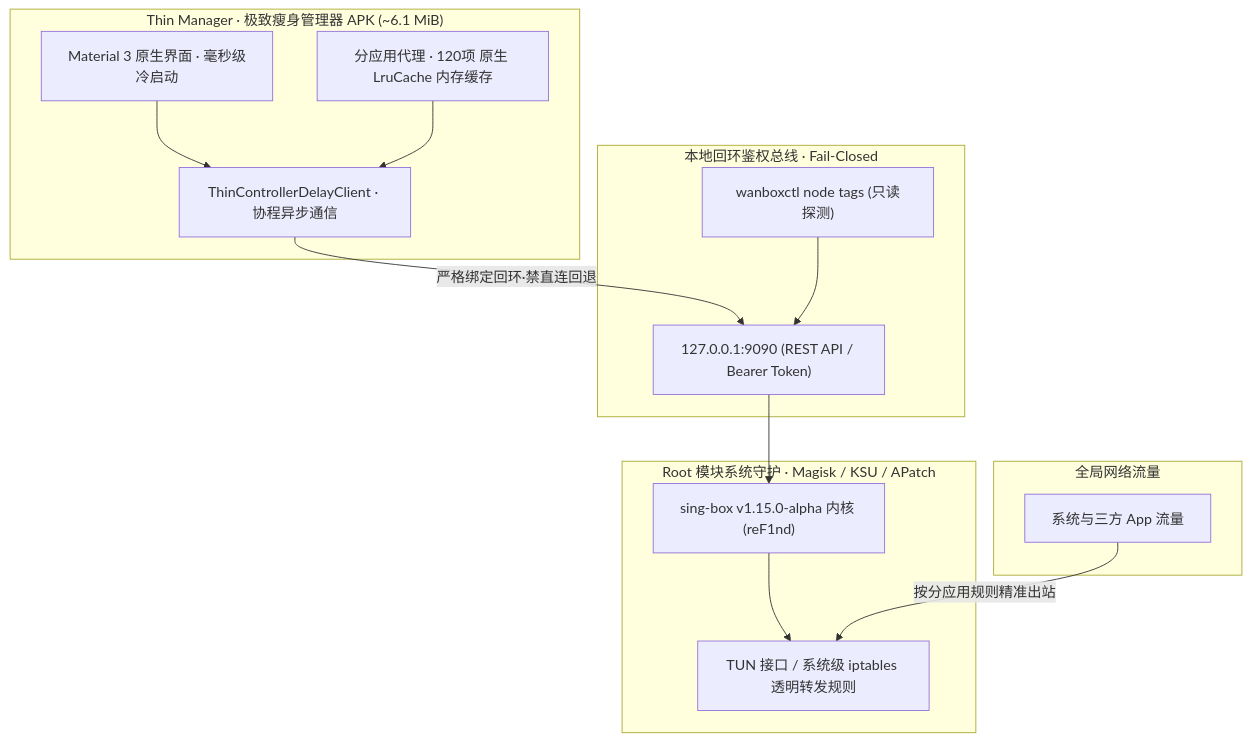
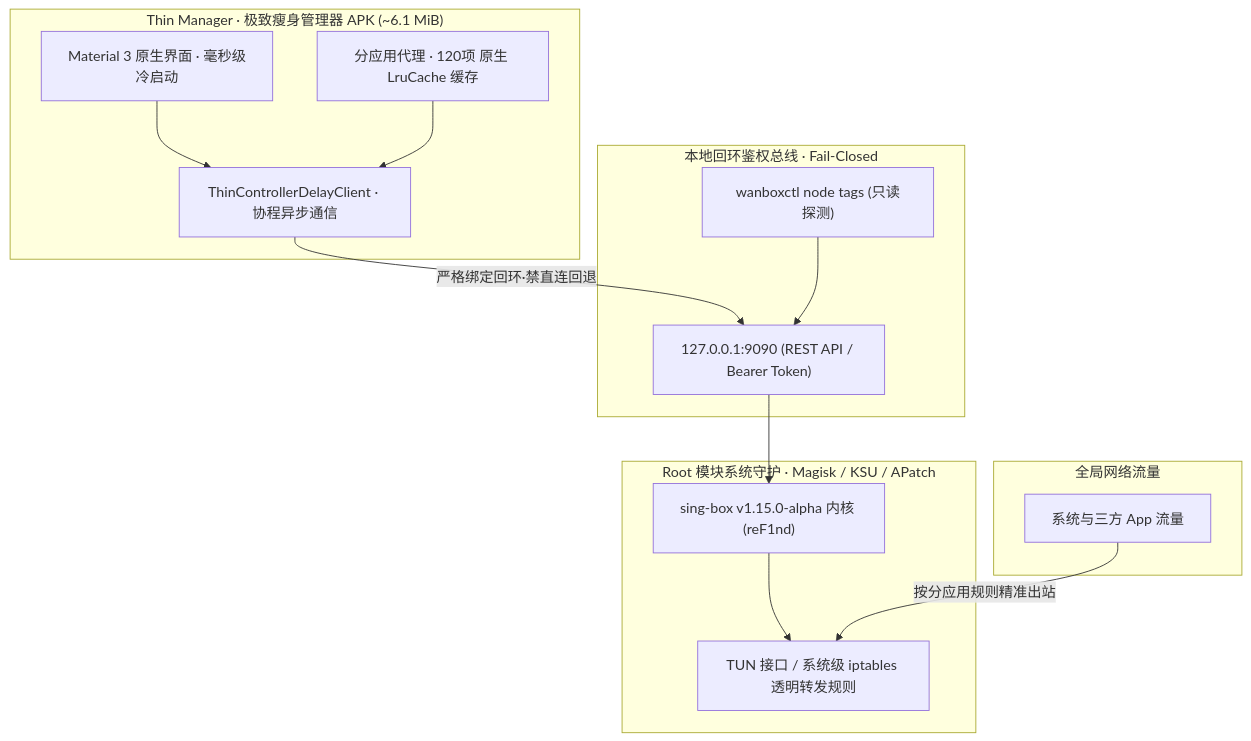
Before and after one commit to Wuwan94/wanBoxForAndroid: the diagram in README.md, drawn with Mermaid. The commit also changed other lines of this file, not shown here.

````diff
--- a/README.md
+++ b/README.md
@@ -44,30 +79,30 @@
 ```mermaid
 graph TD
     subgraph UI["Thin Manager · 极致瘦身管理器 APK (~6.1 MiB)"]
         Activity["Material 3 原生界面 · 毫秒级冷启动"]
-        AppList["分应用代理 · 120项 原生 LruCache 内存缓存"]
+        AppList["分应用代理 · 120项 原生 LruCache 缓存"]
         Controller["ThinControllerDelayClient · 协程异步通信"]
     end
 
     subgraph Loopback["本地回环鉴权总线 · Fail-Closed"]
         REST["127.0.0.1:9090 (REST API / Bearer Token)"]
         Wanboxctl["wanboxctl node tags (只读探测)"]
     end
 
     subgraph CoreDaemon["Root 模块系统守护 · Magisk / KSU / APatch"]
         Daemon["sing-box v1.15.0-alpha 内核 (reF1nd)"]
         Route["TUN 接口 / 系统级 iptables 透明转发规则"]
     end
 
     subgraph Traffic["全局网络流量"]
         SystemTraffic["系统与三方 App 流量"]
     end
 
     Activity --> Controller
     AppList --> Controller
     Controller -->|严格绑定回环·禁直连回退| REST
     Wanboxctl --> REST
     REST --> Daemon
     Daemon --> Route
     SystemTraffic -->|按分应用规则精准出站| Route
 ```
````
